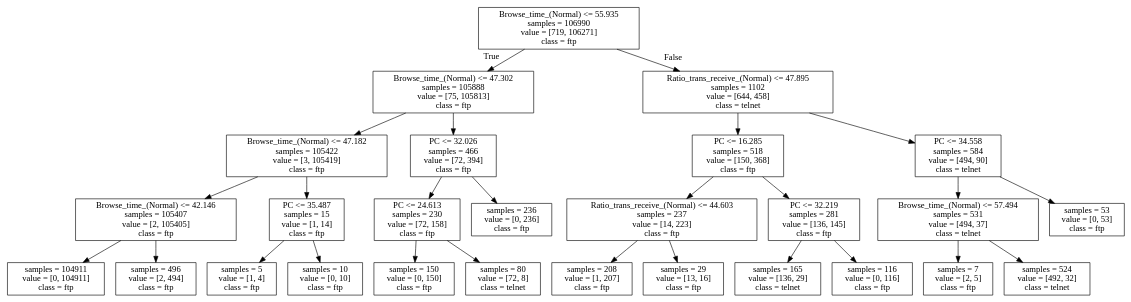
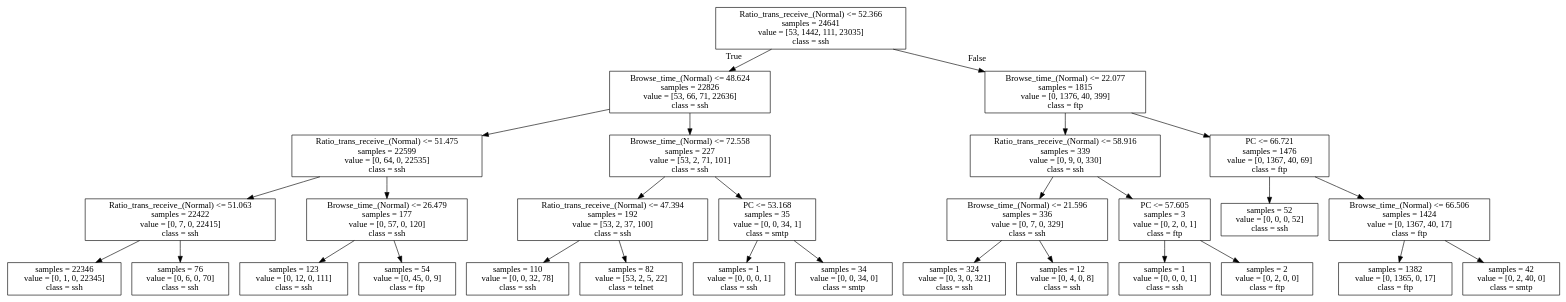
Before and after one commit to junimirang/SSH-Predictive-Model: the diagram in Result_Lowest_ssh_False_Positive_rate/DecisionTree.dot, drawn with Graphviz. The commit also changed 47 other files, not shown here.

```diff
--- a/Result_Lowest_ssh_False_Positive_rate/DecisionTree.dot
+++ b/Result_Lowest_ssh_False_Positive_rate/DecisionTree.dot
@@ -1,56 +1,60 @@
 digraph Tree {
 node [shape=box] ;
-0 [label="Browse_time_(Normal) <= 55.935\nsamples = 106990\nvalue = [719, 106271]\nclass = ftp"] ;
-1 [label="Browse_time_(Normal) <= 47.302\nsamples = 105888\nvalue = [75, 105813]\nclass = ftp"] ;
+0 [label="Ratio_trans_receive_(Normal) <= 52.366\nsamples = 24641\nvalue = [53, 1442, 111, 23035]\nclass = ssh"] ;
+1 [label="Browse_time_(Normal) <= 48.624\nsamples = 22826\nvalue = [53, 66, 71, 22636]\nclass = ssh"] ;
 0 -> 1 [labeldistance=2.5, labelangle=45, headlabel="True"] ;
-2 [label="Browse_time_(Normal) <= 47.182\nsamples = 105422\nvalue = [3, 105419]\nclass = ftp"] ;
+2 [label="Ratio_trans_receive_(Normal) <= 51.475\nsamples = 22599\nvalue = [0, 64, 0, 22535]\nclass = ssh"] ;
 1 -> 2 ;
-3 [label="Browse_time_(Normal) <= 42.146\nsamples = 105407\nvalue = [2, 105405]\nclass = ftp"] ;
+3 [label="Ratio_trans_receive_(Normal) <= 51.063\nsamples = 22422\nvalue = [0, 7, 0, 22415]\nclass = ssh"] ;
 2 -> 3 ;
-4 [label="samples = 104911\nvalue = [0, 104911]\nclass = ftp"] ;
+4 [label="samples = 22346\nvalue = [0, 1, 0, 22345]\nclass = ssh"] ;
 3 -> 4 ;
-5 [label="samples = 496\nvalue = [2, 494]\nclass = ftp"] ;
+5 [label="samples = 76\nvalue = [0, 6, 0, 70]\nclass = ssh"] ;
 3 -> 5 ;
-6 [label="PC <= 35.487\nsamples = 15\nvalue = [1, 14]\nclass = ftp"] ;
+6 [label="Browse_time_(Normal) <= 26.479\nsamples = 177\nvalue = [0, 57, 0, 120]\nclass = ssh"] ;
 2 -> 6 ;
-7 [label="samples = 5\nvalue = [1, 4]\nclass = ftp"] ;
+7 [label="samples = 123\nvalue = [0, 12, 0, 111]\nclass = ssh"] ;
 6 -> 7 ;
-8 [label="samples = 10\nvalue = [0, 10]\nclass = ftp"] ;
+8 [label="samples = 54\nvalue = [0, 45, 0, 9]\nclass = ftp"] ;
 6 -> 8 ;
-9 [label="PC <= 32.026\nsamples = 466\nvalue = [72, 394]\nclass = ftp"] ;
+9 [label="Browse_time_(Normal) <= 72.558\nsamples = 227\nvalue = [53, 2, 71, 101]\nclass = ssh"] ;
 1 -> 9 ;
-10 [label="PC <= 24.613\nsamples = 230\nvalue = [72, 158]\nclass = ftp"] ;
+10 [label="Ratio_trans_receive_(Normal) <= 47.394\nsamples = 192\nvalue = [53, 2, 37, 100]\nclass = ssh"] ;
 9 -> 10 ;
-11 [label="samples = 150\nvalue = [0, 150]\nclass = ftp"] ;
+11 [label="samples = 110\nvalue = [0, 0, 32, 78]\nclass = ssh"] ;
 10 -> 11 ;
-12 [label="samples = 80\nvalue = [72, 8]\nclass = telnet"] ;
+12 [label="samples = 82\nvalue = [53, 2, 5, 22]\nclass = telnet"] ;
 10 -> 12 ;
-13 [label="samples = 236\nvalue = [0, 236]\nclass = ftp"] ;
+13 [label="PC <= 53.168\nsamples = 35\nvalue = [0, 0, 34, 1]\nclass = smtp"] ;
 9 -> 13 ;
-14 [label="Ratio_trans_receive_(Normal) <= 47.895\nsamples = 1102\nvalue = [644, 458]\nclass = telnet"] ;
-0 -> 14 [labeldistance=2.5, labelangle=-45, headlabel="False"] ;
-15 [label="PC <= 16.285\nsamples = 518\nvalue = [150, 368]\nclass = ftp"] ;
-14 -> 15 ;
-16 [label="Ratio_trans_receive_(Normal) <= 44.603\nsamples = 237\nvalue = [14, 223]\nclass = ftp"] ;
-15 -> 16 ;
-17 [label="samples = 208\nvalue = [1, 207]\nclass = ftp"] ;
+14 [label="samples = 1\nvalue = [0, 0, 0, 1]\nclass = ssh"] ;
+13 -> 14 ;
+15 [label="samples = 34\nvalue = [0, 0, 34, 0]\nclass = smtp"] ;
+13 -> 15 ;
+16 [label="Browse_time_(Normal) <= 22.077\nsamples = 1815\nvalue = [0, 1376, 40, 399]\nclass = ftp"] ;
+0 -> 16 [labeldistance=2.5, labelangle=-45, headlabel="False"] ;
+17 [label="Ratio_trans_receive_(Normal) <= 58.916\nsamples = 339\nvalue = [0, 9, 0, 330]\nclass = ssh"] ;
 16 -> 17 ;
-18 [label="samples = 29\nvalue = [13, 16]\nclass = ftp"] ;
-16 -> 18 ;
-19 [label="PC <= 32.219\nsamples = 281\nvalue = [136, 145]\nclass = ftp"] ;
-15 -> 19 ;
-20 [label="samples = 165\nvalue = [136, 29]\nclass = telnet"] ;
-19 -> 20 ;
-21 [label="samples = 116\nvalue = [0, 116]\nclass = ftp"] ;
-19 -> 21 ;
-22 [label="PC <= 34.558\nsamples = 584\nvalue = [494, 90]\nclass = telnet"] ;
-14 -> 22 ;
-23 [label="Browse_time_(Normal) <= 57.494\nsamples = 531\nvalue = [494, 37]\nclass = telnet"] ;
-22 -> 23 ;
-24 [label="samples = 7\nvalue = [2, 5]\nclass = ftp"] ;
-23 -> 24 ;
-25 [label="samples = 524\nvalue = [492, 32]\nclass = telnet"] ;
-23 -> 25 ;
-26 [label="samples = 53\nvalue = [0, 53]\nclass = ftp"] ;
-22 -> 26 ;
+18 [label="Browse_time_(Normal) <= 21.596\nsamples = 336\nvalue = [0, 7, 0, 329]\nclass = ssh"] ;
+17 -> 18 ;
+19 [label="samples = 324\nvalue = [0, 3, 0, 321]\nclass = ssh"] ;
+18 -> 19 ;
+20 [label="samples = 12\nvalue = [0, 4, 0, 8]\nclass = ssh"] ;
+18 -> 20 ;
+21 [label="PC <= 57.605\nsamples = 3\nvalue = [0, 2, 0, 1]\nclass = ftp"] ;
+17 -> 21 ;
+22 [label="samples = 1\nvalue = [0, 0, 0, 1]\nclass = ssh"] ;
+21 -> 22 ;
+23 [label="samples = 2\nvalue = [0, 2, 0, 0]\nclass = ftp"] ;
+21 -> 23 ;
+24 [label="PC <= 66.721\nsamples = 1476\nvalue = [0, 1367, 40, 69]\nclass = ftp"] ;
+16 -> 24 ;
+25 [label="samples = 52\nvalue = [0, 0, 0, 52]\nclass = ssh"] ;
+24 -> 25 ;
+26 [label="Browse_time_(Normal) <= 66.506\nsamples = 1424\nvalue = [0, 1367, 40, 17]\nclass = ftp"] ;
+24 -> 26 ;
+27 [label="samples = 1382\nvalue = [0, 1365, 0, 17]\nclass = ftp"] ;
+26 -> 27 ;
+28 [label="samples = 42\nvalue = [0, 2, 40, 0]\nclass = smtp"] ;
+26 -> 28 ;
 }
```
